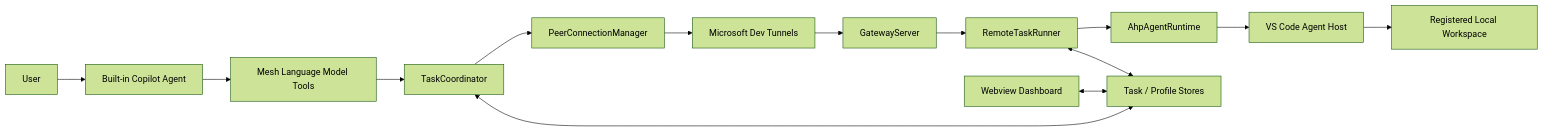
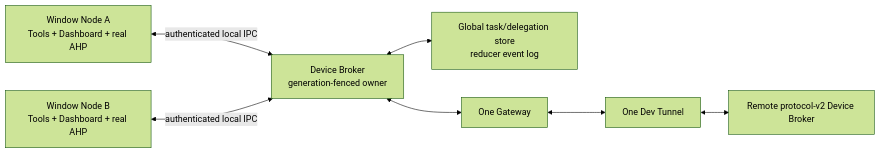
Before and after one commit to weivea/copilot-agent-mesh: the first of 5 diagrams in docs/technical-implementation.md, drawn with Mermaid (forest theme). The commit also changed other lines of this file and 109 other files, not shown here.

First line of the commit message:
Implement 0.2.0 multi-window mesh nodes (#1)

````diff
--- a/docs/technical-implementation.md
+++ b/docs/technical-implementation.md
@@ -125,31 +129,17 @@
 ```mermaid
 flowchart LR
-    User[User]
-    Copilot[Built-in Copilot Agent]
-    Tools[Mesh Language Model Tools]
-    Coordinator[TaskCoordinator]
-    Peer[PeerConnectionManager]
-    Tunnel[Microsoft Dev Tunnels]
-    Gateway[GatewayServer]
-    Runner[RemoteTaskRunner]
-    Runtime[AhpAgentRuntime]
-    Host[VS Code Agent Host]
-    Workspace[Registered Local Workspace]
-    Dashboard[Webview Dashboard]
-    Store[Task / Profile Stores]
+    A[Window Node A<br/>Tools + Dashboard + real AHP]
+    B[Window Node B<br/>Tools + Dashboard + real AHP]
+    Broker[Device Broker<br/>generation-fenced owner]
+    Store[Global task/delegation store<br/>reducer event log]
+    Gateway[One Gateway]
+    Tunnel[One Dev Tunnel]
+    Remote[Remote protocol-v2 Device Broker]
 
-    User --> Copilot
-    Copilot --> Tools
-    Tools --> Coordinator
-    Coordinator --> Peer
-    Peer --> Tunnel
-    Tunnel --> Gateway
-    Gateway --> Runner
-    Runner --> Runtime
-    Runtime --> Host
-    Host --> Workspace
-
-    Coordinator <--> Store
-    Runner <--> Store
-    Dashboard <--> Store
+    A <-->|authenticated local IPC| Broker
+    B <-->|authenticated local IPC| Broker
+    Broker <--> Store
+    Broker <--> Gateway
+    Gateway <--> Tunnel
+    Tunnel <--> Remote
 ```
````
